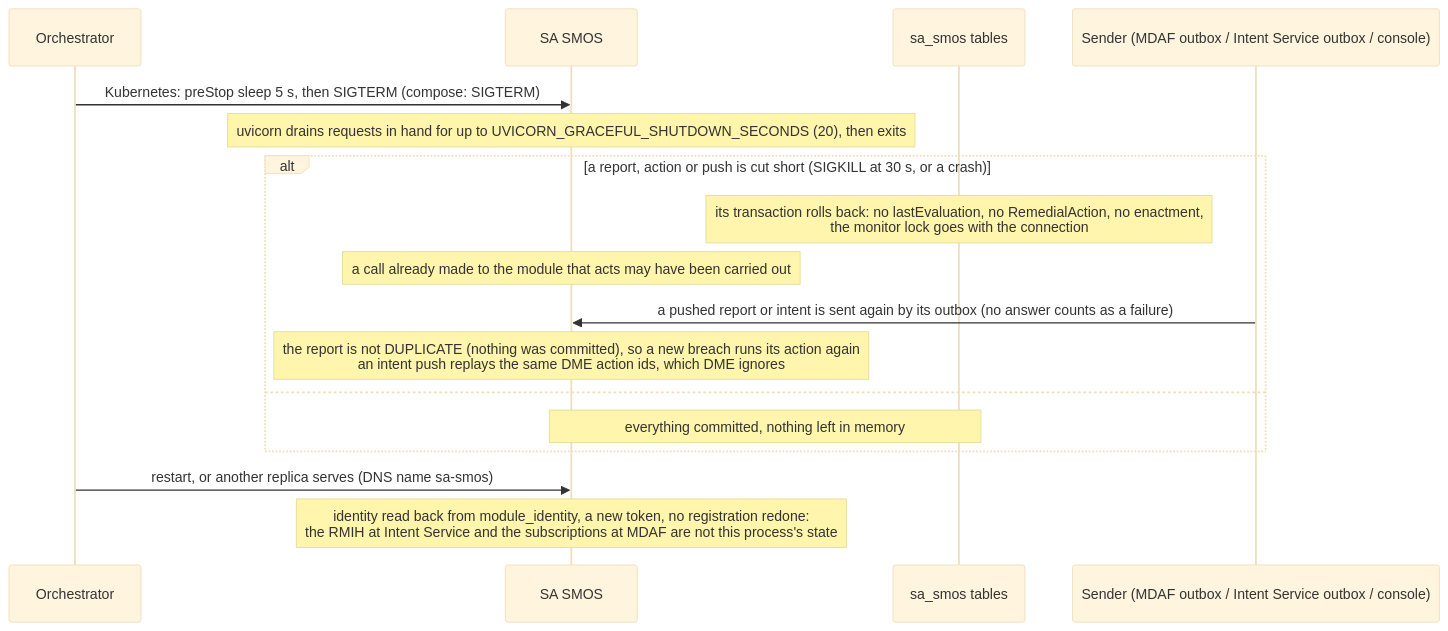
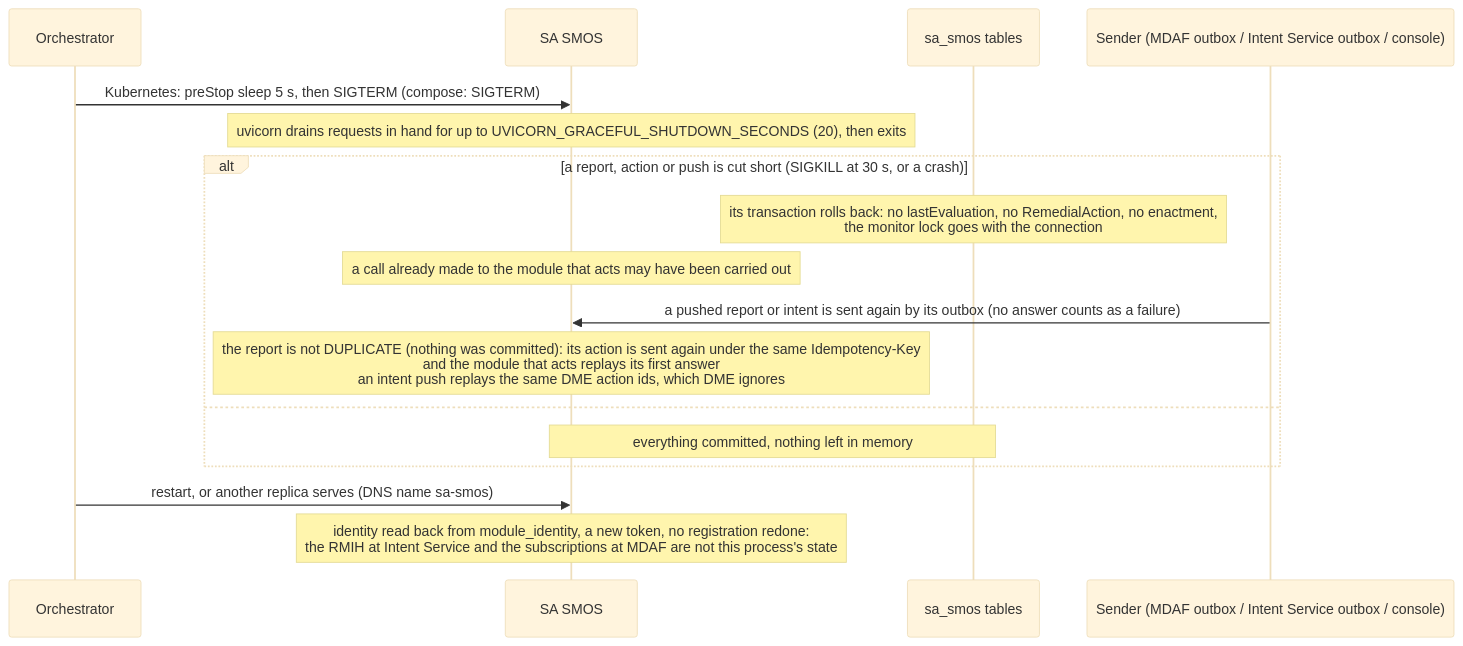
Before and after one commit to rsys-bshankar/ai-ran-smo: the fifth of 5 diagrams in smo/sa-smos/docs/lifecycle.md, drawn with Mermaid (base theme). The commit also changed other lines of this file and 31 other files, not shown here.

````diff
--- a/smo/sa-smos/docs/lifecycle.md
+++ b/smo/sa-smos/docs/lifecycle.md
@@ -186,20 +198,20 @@
 ```mermaid
 sequenceDiagram
     participant O as Orchestrator
     participant SA as SA SMOS
     participant DB as sa_smos tables
     participant S as Sender (MDAF outbox / Intent Service outbox / console)
 
     O->>SA: Kubernetes: preStop sleep 5 s, then SIGTERM (compose: SIGTERM)
     Note over SA: uvicorn drains requests in hand for up to UVICORN_GRACEFUL_SHUTDOWN_SECONDS (20), then exits
     alt a report, action or push is cut short (SIGKILL at 30 s, or a crash)
         Note over DB: its transaction rolls back: no lastEvaluation, no RemedialAction, no enactment,<br/>the monitor lock goes with the connection
         Note over SA: a call already made to the module that acts may have been carried out
         S->>SA: a pushed report or intent is sent again by its outbox (no answer counts as a failure)
-        Note over SA: the report is not DUPLICATE (nothing was committed), so a new breach runs its action again<br/>an intent push replays the same DME action ids, which DME ignores
+        Note over SA: the report is not DUPLICATE (nothing was committed): its action is sent again under the same Idempotency-Key<br/>and the module that acts replays its first answer<br/>an intent push replays the same DME action ids, which DME ignores
     else
         Note over SA,DB: everything committed, nothing left in memory
     end
     O->>SA: restart, or another replica serves (DNS name sa-smos)
     Note over SA: identity read back from module_identity, a new token, no registration redone:<br/>the RMIH at Intent Service and the subscriptions at MDAF are not this process's state
 ```
````
